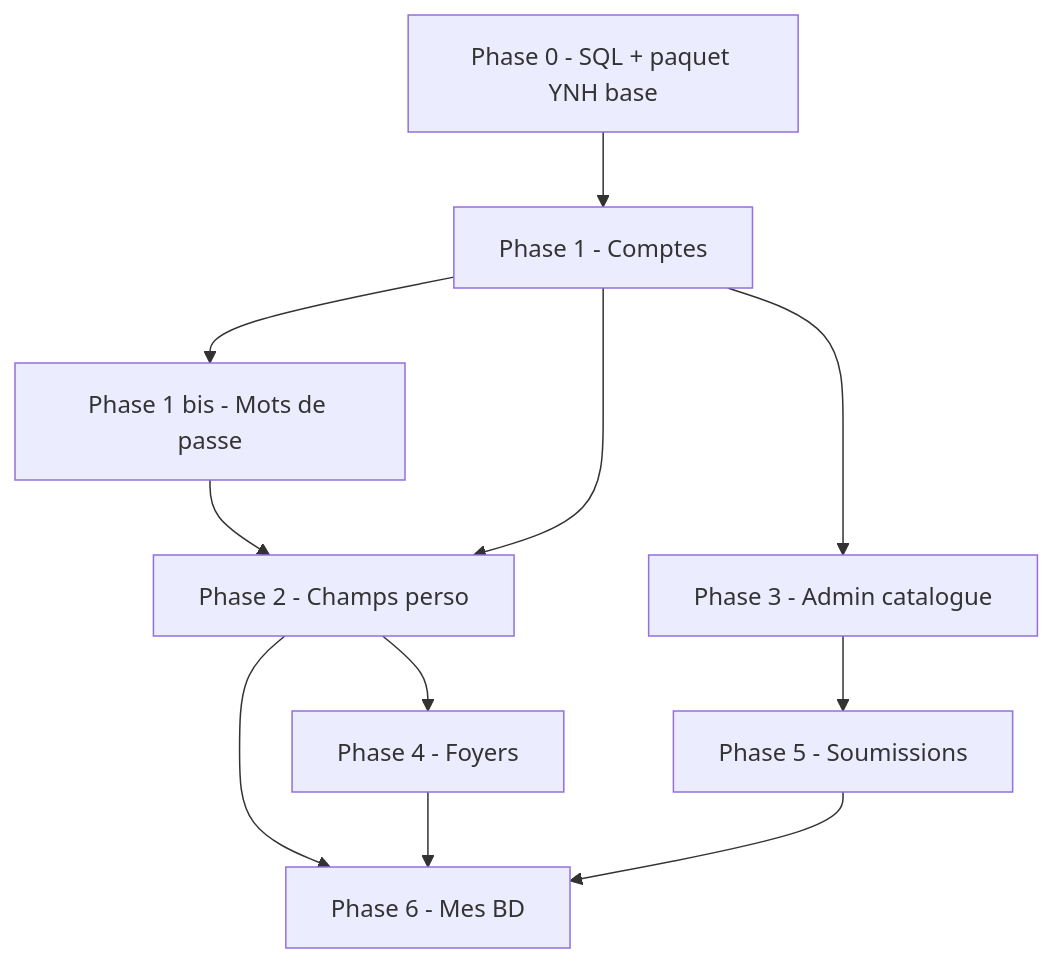
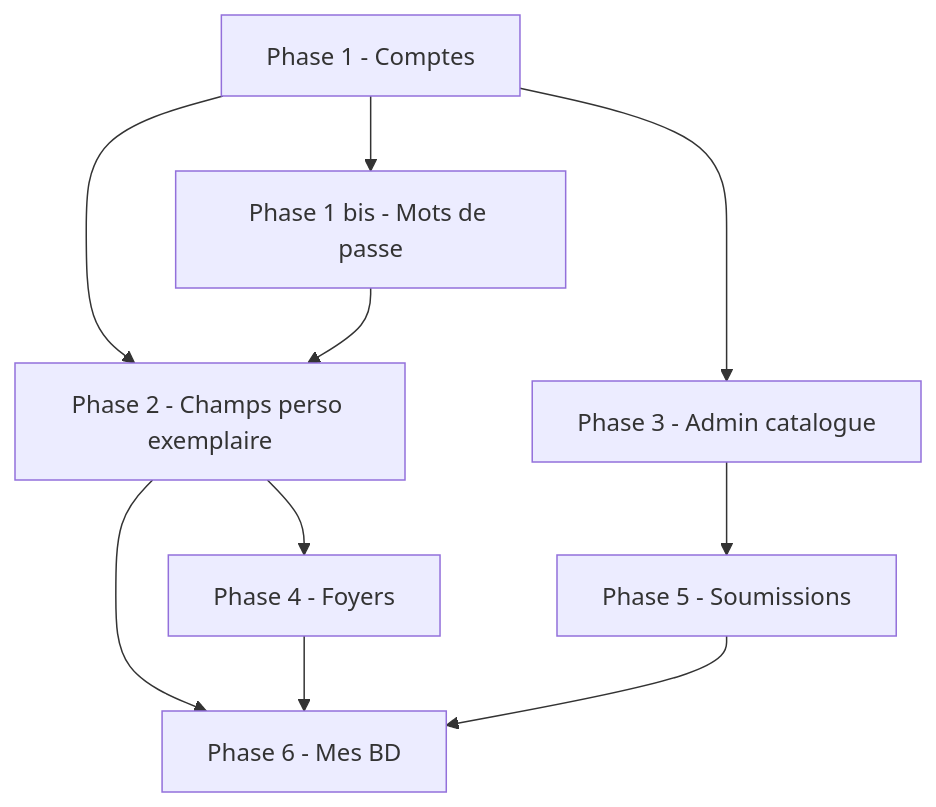
Before and after one commit to daryl40000/Moncine: the diagram in ROADMAP.md, drawn with Mermaid. The commit also changed other lines of this file and 6 other files, not shown here.

````diff
--- a/ROADMAP.md
+++ b/ROADMAP.md
@@ -323,22 +58,20 @@
 ```mermaid
 flowchart TD
-    P0[Phase 0 - SQL + paquet YNH base]
     P1[Phase 1 - Comptes]
     P1b[Phase 1 bis - Mots de passe]
-    P2[Phase 2 - Champs perso]
+    P2[Phase 2 - Champs perso exemplaire]
     P3[Phase 3 - Admin catalogue]
     P4[Phase 4 - Foyers]
     P5[Phase 5 - Soumissions]
     P6[Phase 6 - Mes BD]
 
-    P0 --> P1
     P1 --> P1b
-    P1b --> P2
     P1 --> P2
     P1 --> P3
+    P1b --> P2
     P2 --> P4
     P3 --> P5
     P2 --> P6
     P4 --> P6
     P5 --> P6
 ```
````
